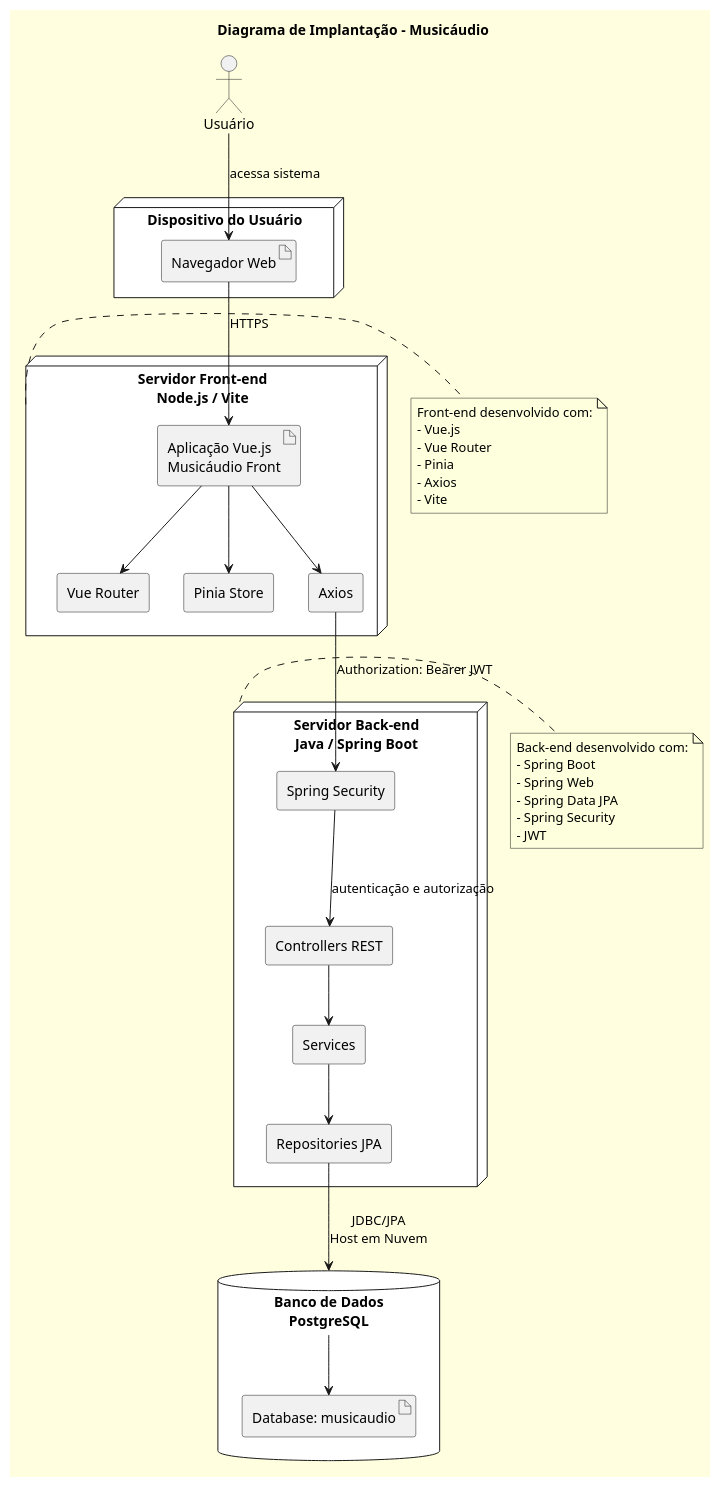
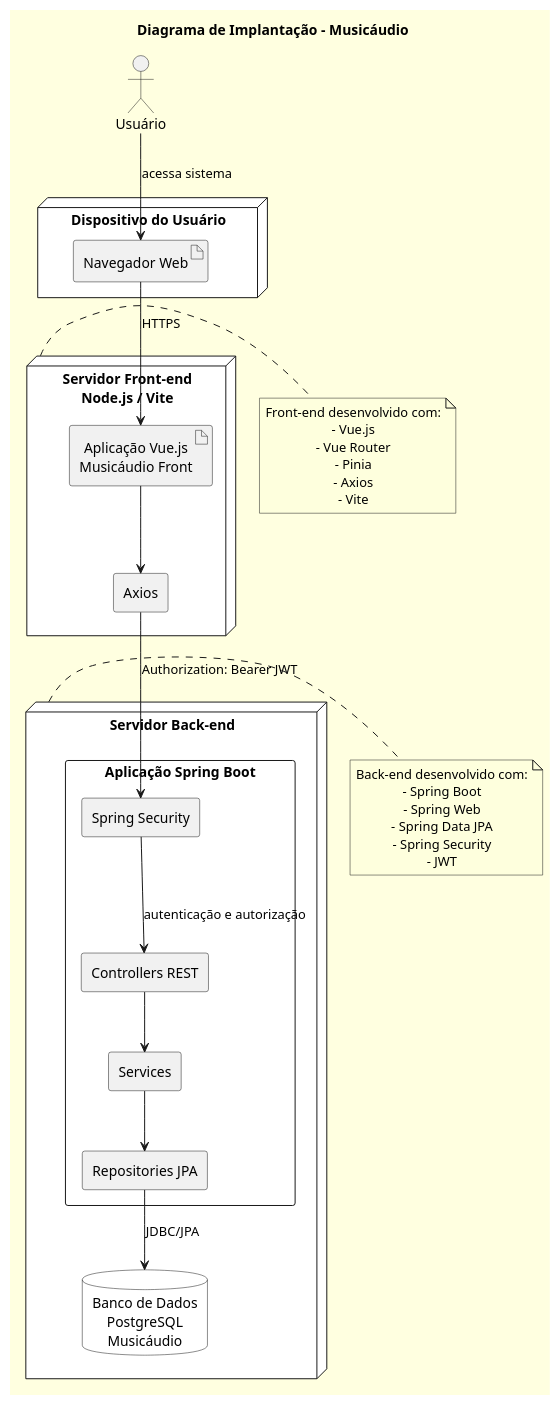
One commit to JorgeSkraba/Musicaudio_UML changed the diagram in Implantação.puml. Above: the diagram before and after it, drawn with PlantUML. The commit also changed 1 other file, not shown here.

Commit message:
correção no diagrama de caso de uso, alteração no diagrama de implantação

```diff
--- a/Implantação.puml
+++ b/Implantação.puml
@@ -1,65 +1,64 @@
 @startuml
 title Diagrama de Implantação - Musicáudio
 
 skinparam backgroundColor lightyellow
 skinparam componentStyle rectangle
+skinparam DefaultTextAlignment center
 
 actor "Usuário" as usuario
 
 node "Dispositivo do Usuário" #white {
   artifact "Navegador Web" as browser
 }
 
 node "Servidor Front-end\nNode.js / Vite" as frontend #white {
   artifact "Aplicação Vue.js\nMusicáudio Front" as vue
-  component "Vue Router" as router
-  component "Pinia Store" as pinia
   component "Axios" as axios
 }
 
-node "Servidor Back-end\nJava / Spring Boot" as backend #white {
+node "Servidor Back-end" as backend #white {
+
+ component "Aplicação Spring Boot" as spring {
 
   component "Controllers REST" as controllers
   component "Spring Security" as security
   component "Services" as services
   component "Repositories JPA" as repositories
+ }
+
+  database "Banco de Dados\nPostgreSQL\nMusicáudio" as postgres #white 
 }
 
-database "Banco de Dados\nPostgreSQL" as postgres #white {
-  artifact "Database: musicaudio" as db
-}
+
 
 usuario --> browser : acessa sistema
 browser --> vue : HTTPS
 
-vue --> router
-vue --> pinia
 vue --> axios
 
 axios --> security : Authorization: Bearer JWT
 security --> controllers : autenticação e autorização
 controllers --> services
 services --> repositories
-repositories --> postgres : JDBC/JPA\nHost em Nuvem
+repositories --> postgres : JDBC/JPA
 
-postgres --> db
 
 note right of frontend
 Front-end desenvolvido com:
 - Vue.js
 - Vue Router
 - Pinia
 - Axios
 - Vite
 end note
 
 note right of backend
 Back-end desenvolvido com:
 - Spring Boot
 - Spring Web
 - Spring Data JPA
 - Spring Security
 - JWT
 end note
 
 @enduml
```
